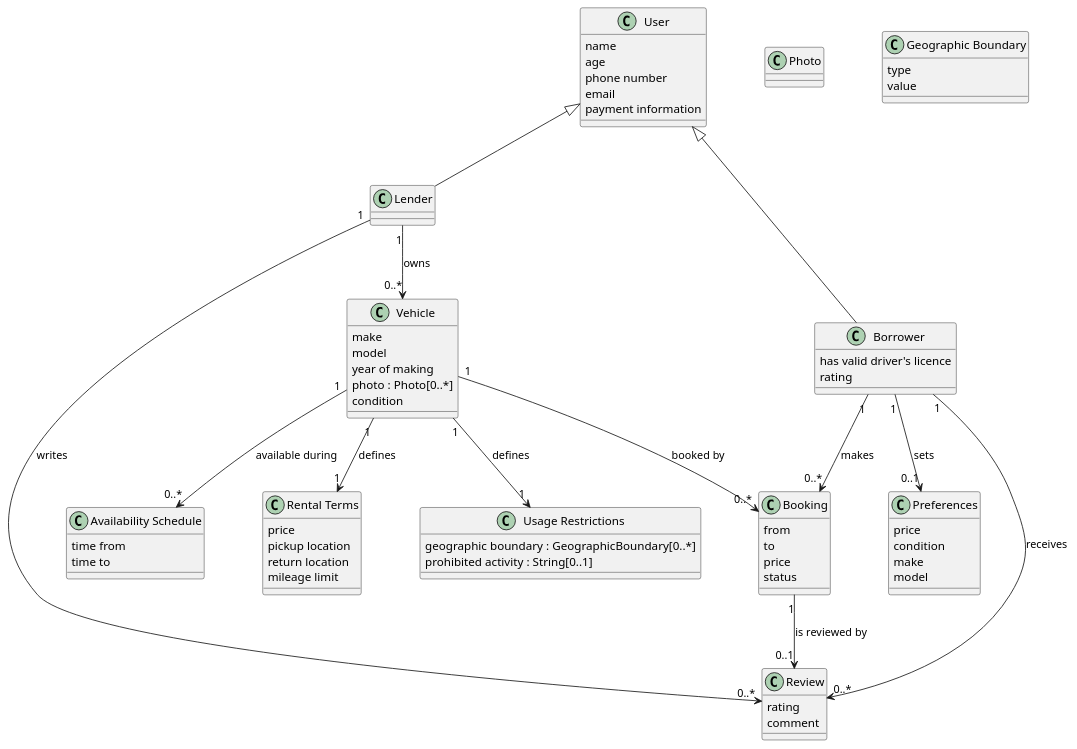
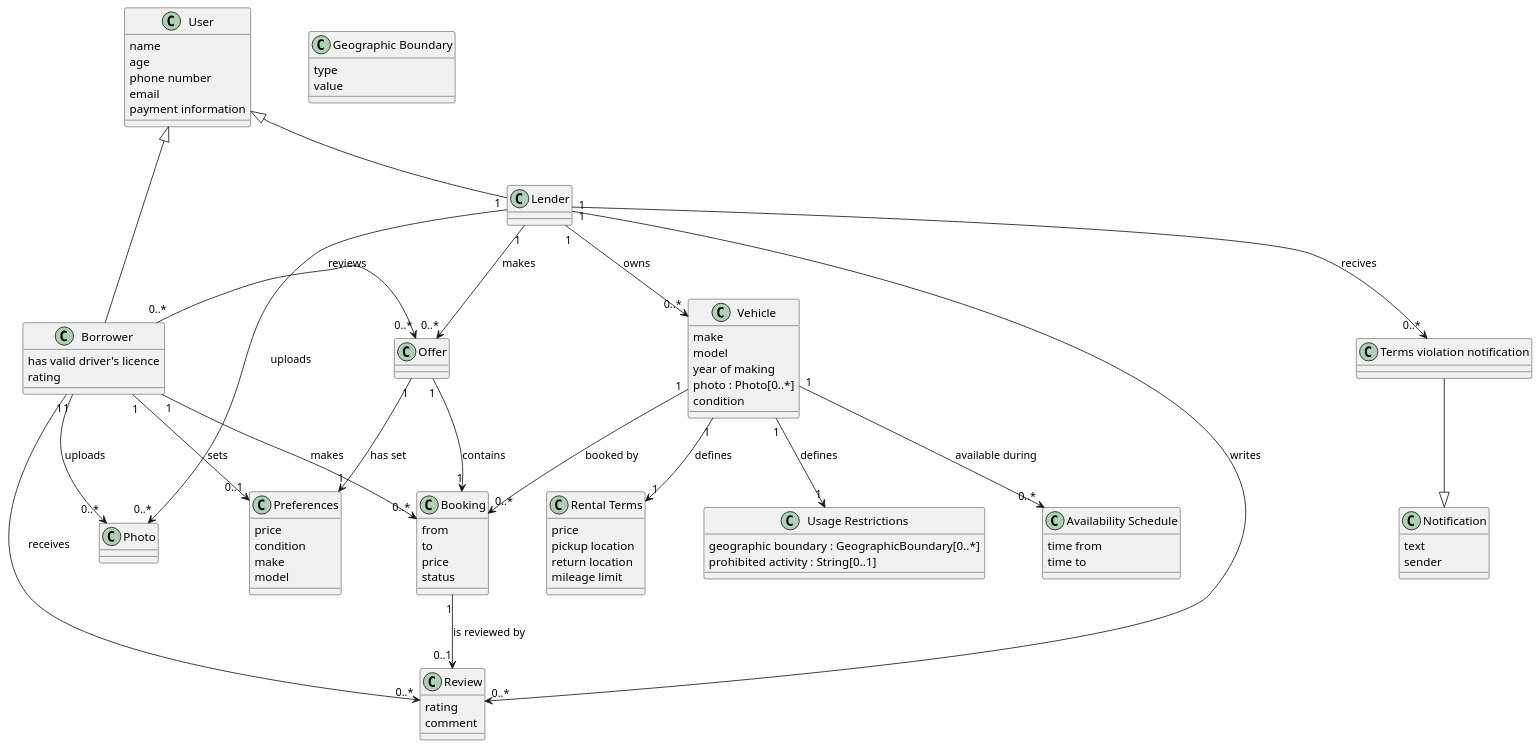
One commit to bruzla/NSWI041 changed the diagram in domain_model/domain_model.plantuml. Above: the diagram before and after it, drawn with PlantUML. The commit also changed 1 other file, not shown here.

```diff
--- a/domain_model/domain_model.plantuml
+++ b/domain_model/domain_model.plantuml
@@ -1,102 +1,128 @@
 @startuml
 
 skinparam nodesep 70
 skinparam ranksep 70
 
 '---------- Actors
 
 class User {
     name
     age
     phone number
     email
     payment information
 }
 
 class Lender {
 
 }
 
 class Borrower {
     has valid driver's licence
     rating
 }
 
 '---------- Vehicle
 
 class Photo
 
 class Vehicle {
     make
     model
     year of making
     photo : Photo[0..*]
     condition
 }
 
 class "Availability Schedule" as AvailabilitySchedule {
     time from
     time to
 }
 
 class "Rental Terms" as RentalTerms {
     price
     pickup location
     return location
     mileage limit
 }
 
 class "Geographic Boundary" as GeographicBoundary {
     type
     value
 }
 
 class "Usage Restrictions" as UsageRestriction {
     geographic boundary : GeographicBoundary[0..*]
     prohibited activity : String[0..1]
 }
 
 '---------- Other
 
 class Review {
     rating
     comment
 }
 
 class Preferences {
     price
     condition
     make
     model
 }
 
+class Notification {
+text
+sender
+
+}
+
+class "Terms violation notification" as NotificationViolation{
+}
+
 class Booking {
     from
     to
     price
     status
 }
 
+class Offer{
+
+}
+
 '---------- Associations
+
 
 'Lender --|> User
 'Borrower --|> User
 
+NotificationViolation --|> Notification
+
 User <|-- Lender
 User <|-- Borrower
+
+Lender "1" --> "0..*" NotificationViolation : recives
+
+Lender "1" --> "0..*" Offer : makes
+Offer "1" --> "1" Booking : contains
+Borrower "0..*" -> "0..*" Offer : reviews
 
 Lender "1" --> "0..*" Vehicle : owns
 Lender "1" --> "0..*" Review : writes
 
 Borrower "1" --> "0..*" Booking : makes
 Borrower "1" --> "0..*" Review : receives
 Booking "1" --> "0..1" Review : is reviewed by
 Borrower "1" --> "0..1" Preferences : sets
 
 Vehicle "1" --> "0..*" Booking : booked by
 Vehicle "1" --> "1" RentalTerms : defines
 Vehicle "1" --> "1" UsageRestriction : defines
 Vehicle "1" --> "0..*" AvailabilitySchedule : available during
 
+Offer "1" --> "1" Preferences: has set
+
+Borrower "1" --> "0..*" Photo : uploads
+Lender "1" --> "0..*" Photo : uploads
 
 @enduml
```
